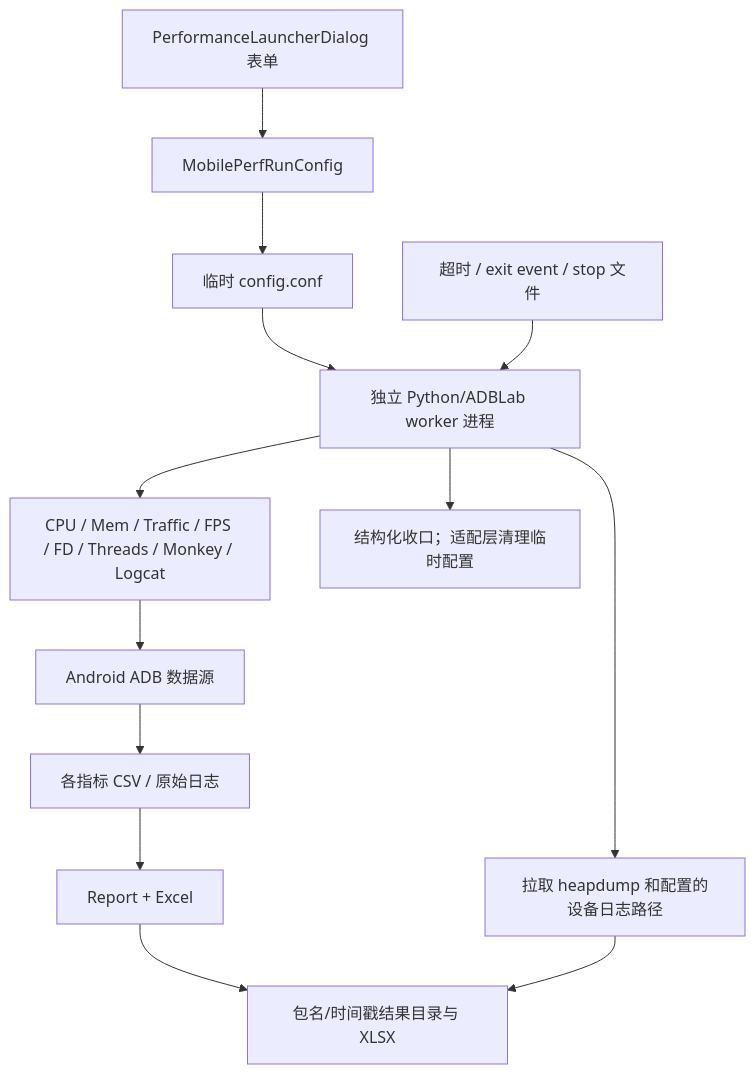
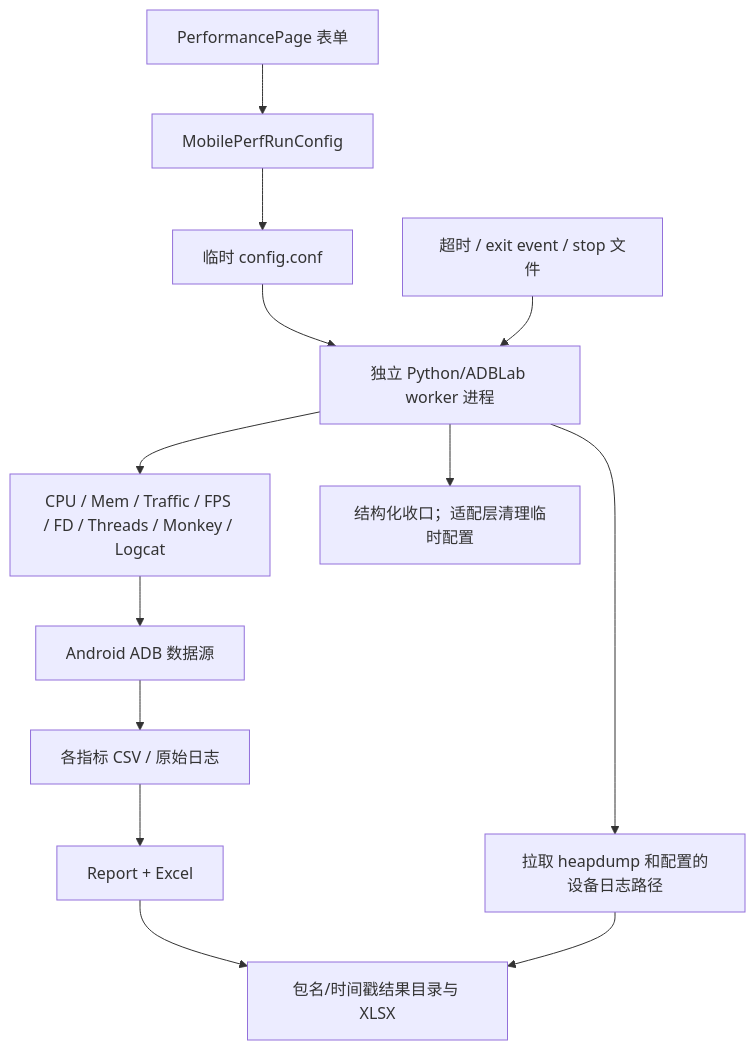
Before and after one commit to BlackHu-art/ADBLab: the sixth of 6 diagrams in docs/project-knowledge/DATA_FLOW.md, drawn with Mermaid. The commit also changed other lines of this file and 104 other files, not shown here.

````diff
--- a/docs/project-knowledge/DATA_FLOW.md
+++ b/docs/project-knowledge/DATA_FLOW.md
@@ -277,15 +227,15 @@
 ```mermaid
 flowchart TD
-    Form["PerformanceLauncherDialog 表单"] --> Config["MobilePerfRunConfig"]
+    Form["PerformancePage 表单"] --> Config["MobilePerfRunConfig"]
     Config --> Temp["临时 config.conf"]
     Temp --> Worker["独立 Python/ADBLab worker 进程"]
     Worker --> Monitors["CPU / Mem / Traffic / FPS / FD / Threads / Monkey / Logcat"]
     Monitors --> Device["Android ADB 数据源"]
     Device --> CSV["各指标 CSV / 原始日志"]
     CSV --> Report["Report + Excel"]
     Report --> Result["包名/时间戳结果目录与 XLSX"]
     Stop["超时 / exit event / stop 文件"] --> Worker
     Worker --> Pull["拉取 heapdump 和配置的设备日志路径"]
     Pull --> Result
     Worker --> Cleanup["结构化收口；适配层清理临时配置"]
 ```
````
